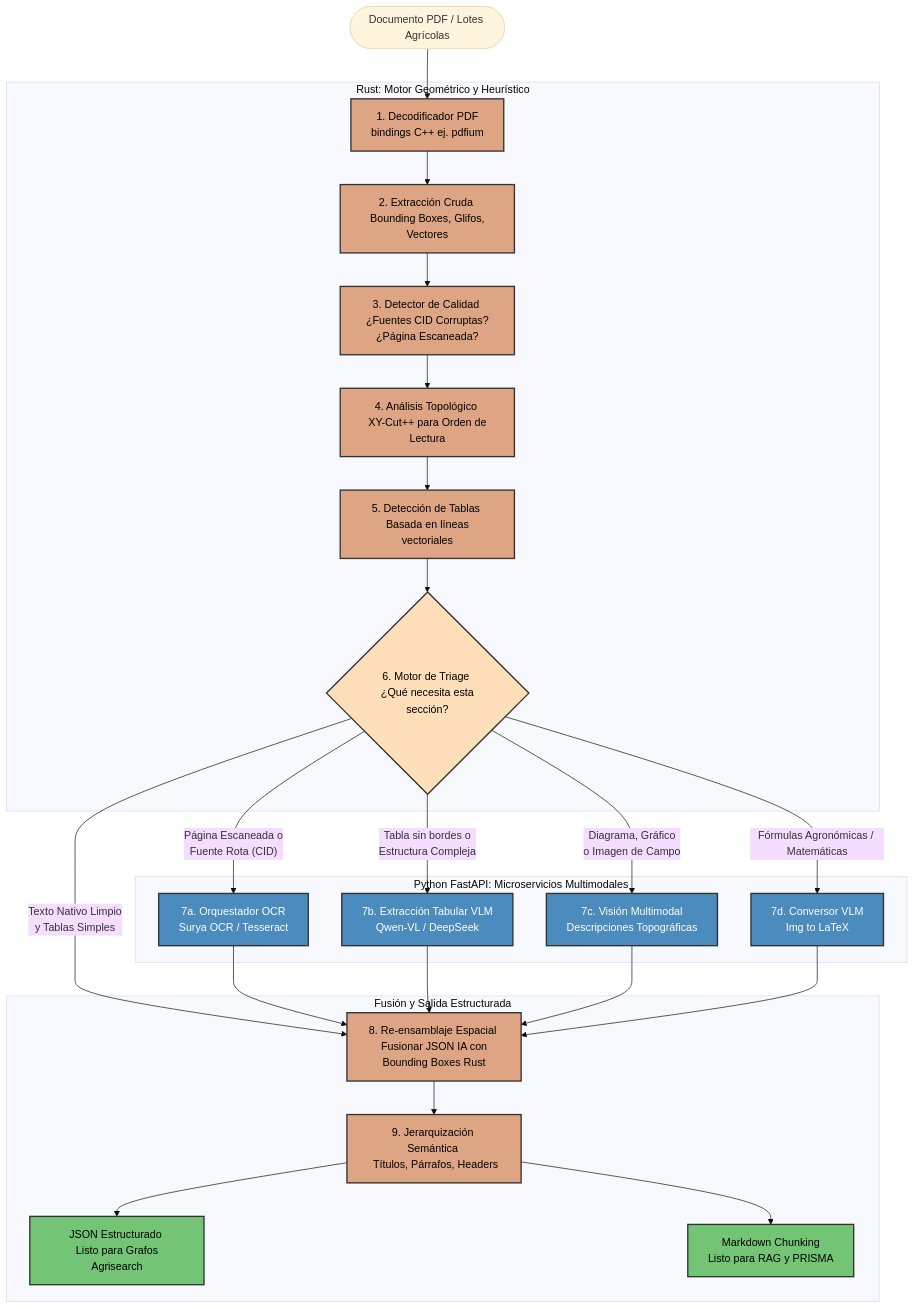
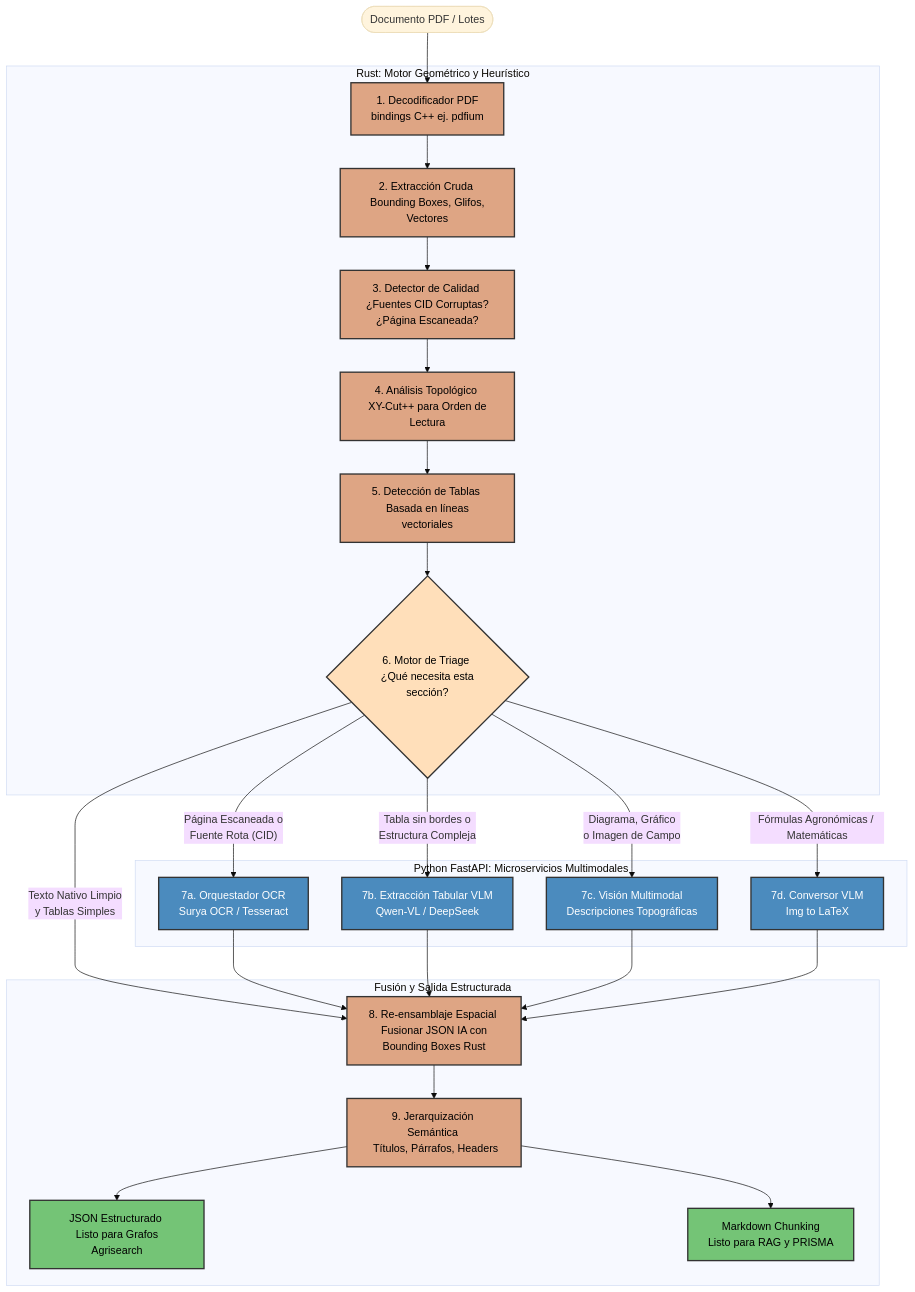
Before and after one commit to AlexPrietoRomani/strata-reader: the first of 2 diagrams in docs/reference/description_proyect.md, drawn with Mermaid (base theme). The commit also changed other lines of this file and 6 other files, not shown here.

````diff
--- a/docs/reference/description_proyect.md
+++ b/docs/reference/description_proyect.md
@@ -13,39 +14,39 @@
 ```mermaid
 graph TD
     classDef rust fill:#dea584,stroke:#333,stroke-width:2px,color:#000;
     classDef python fill:#4b8bbe,stroke:#333,stroke-width:2px,color:#fff;
     classDef output fill:#74c476,stroke:#333,stroke-width:2px,color:#000;
     classDef decision fill:#ffdfba,stroke:#333,stroke-width:2px,color:#000;
 
-    Doc([Documento PDF / Lotes Agrícolas]) --> Ingesta
+    Doc([Documento PDF / Lotes]) --> Ingesta
 
     subgraph RUST CORE [Rust: Motor Geométrico y Heurístico]
         Ingesta[1. Decodificador PDF \n bindings C++ ej. pdfium]:::rust
         Ingesta --> Raw[2. Extracción Cruda \n Bounding Boxes, Glifos, Vectores]:::rust
         Raw --> Quality[3. Detector de Calidad \n ¿Fuentes CID Corruptas? ¿Página Escaneada?]:::rust
         Quality --> Topology[4. Análisis Topológico \n XY-Cut++ para Orden de Lectura]:::rust
         Topology --> StandardTables[5. Detección de Tablas \n Basada en líneas vectoriales]:::rust
         StandardTables --> Triage{6. Motor de Triage \n ¿Qué necesita esta sección?}:::decision
     end
 
     subgraph PYTHON IA [Python FastAPI: Microservicios Multimodales]
         Triage -- "Página Escaneada o\nFuente Rota (CID)" --> OCR[7a. Orquestador OCR \n Surya OCR / Tesseract]:::python
         Triage -- "Tabla sin bordes o\nEstructura Compleja" --> VLMTable[7b. Extracción Tabular VLM \n Qwen-VL / DeepSeek]:::python
         Triage -- "Diagrama, Gráfico\no Imagen de Campo" --> VLMImage[7c. Visión Multimodal \n Descripciones Topográficas]:::python
         Triage -- "Fórmulas Agronómicas / Matemáticas" --> VLMEq[7d. Conversor VLM \n Img to LaTeX]:::python
     end
 
     Triage -- "Texto Nativo Limpio \ny Tablas Simples" --> Fusion
 
     OCR --> Fusion
     VLMTable --> Fusion
     VLMImage --> Fusion
     VLMEq --> Fusion
 
     subgraph ENSAMBLAJE [Fusión y Salida Estructurada]
         Fusion[8. Re-ensamblaje Espacial \n Fusionar JSON IA con Bounding Boxes Rust]:::rust
         Fusion --> Structuring[9. Jerarquización Semántica \n Títulos, Párrafos, Headers]:::rust
         Structuring --> OutJSON[JSON Estructurado \n Listo para Grafos Agrisearch]:::output
         Structuring --> OutMD[Markdown Chunking \n Listo para RAG y PRISMA]:::output
     end
 ```
````
